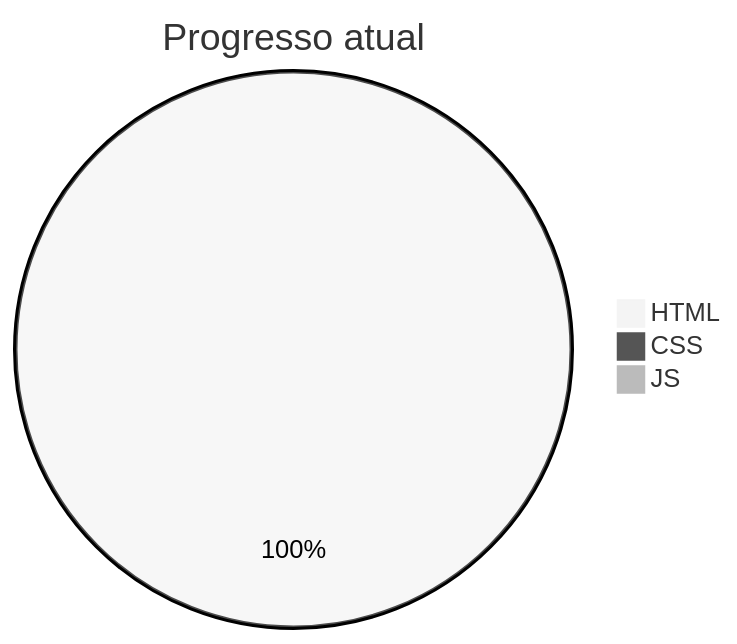
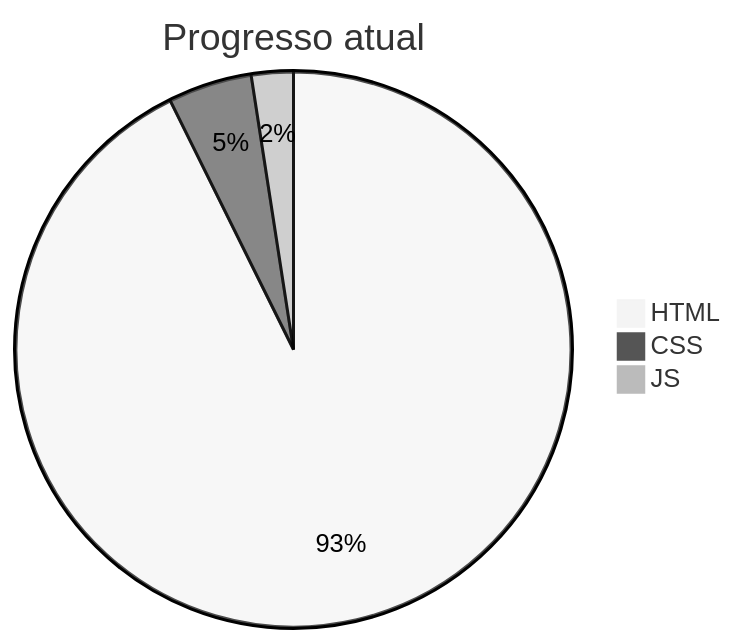
The diagram in README.md (mariasaldanhaa/dio-curso-frontend), drawn with Mermaid (neutral theme) before and after one commit. The commit also changed other lines of this file, not shown here.

````diff
--- a/README.md
+++ b/README.md
@@ -19,6 +19,6 @@
 ```mermaid
 pie title Progresso atual  
-         "HTML" : 13
-         "CSS" : 0
-         "JS" : 0
+         "HTML" : 38
+         "CSS" : 2
+         "JS" : 1
 ```
````
